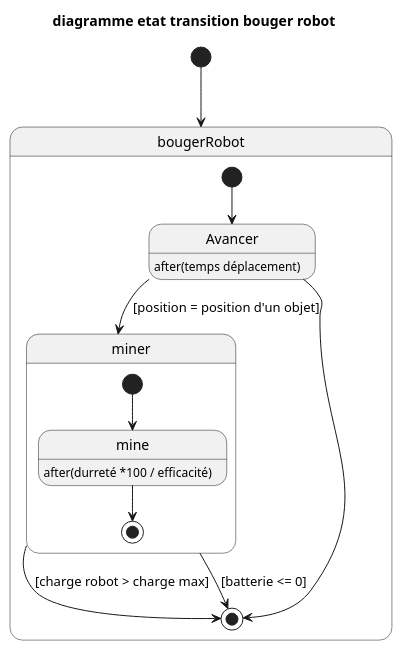
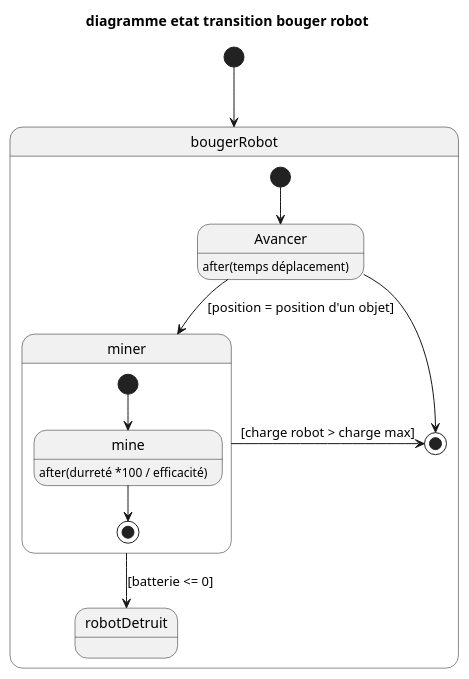
The third of 8 diagrams in files/uml/uml.wsd (AlphaBooy/Mars-Robot), drawn with PlantUML before and after one commit. The commit also changed other lines of this file and 2 other files, not shown here.

Commit message:
♻️ update diagramme etat bouger robot

```diff
--- a/files/uml/uml.wsd
+++ b/files/uml/uml.wsd
@@ -153,17 +153,17 @@
 @startuml digrammeEtatTransition_bougerRobot
 title diagramme etat transition bouger robot
 [*] --> bougerRobot 
 state bougerRobot {
     state Avancer: after(temps déplacement)
     [*] --> Avancer
     Avancer --> miner : [position = position d'un objet]
     Avancer --> [*]
     state miner {
         [*] --> mine 
         mine : after(durreté *100 / efficacité)
         mine --> [*]
     }
     miner -> [*] : [charge robot > charge max]
-    miner --> [*] : [batterie <= 0]
+    miner --> robotDetruit : [batterie <= 0]
 }
 @enduml
```
